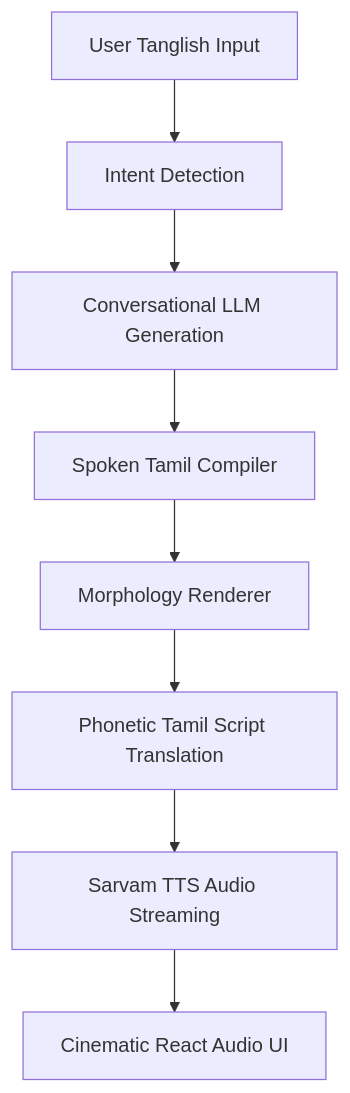
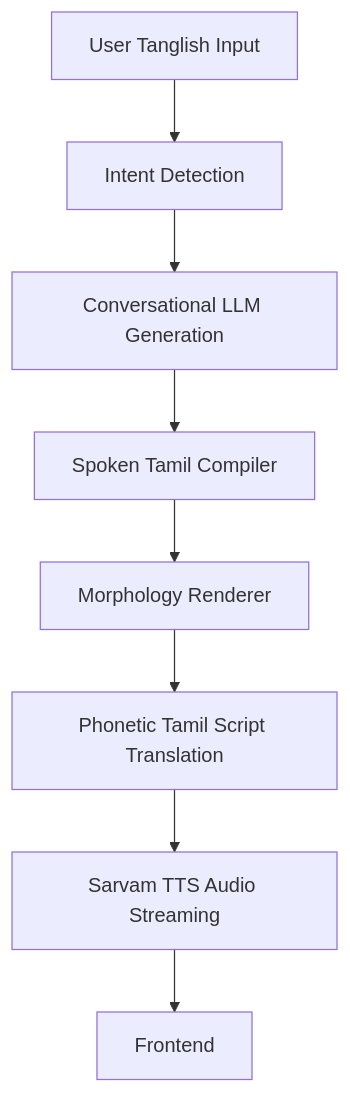
The diagram in README.md (riit3sh/tamil-vox), drawn with Mermaid before and after one commit. The commit also changed other lines of this file, not shown here.

````diff
--- a/README.md
+++ b/README.md
@@ -70,10 +70,10 @@
 ```mermaid
 graph TD
     A[User Tanglish Input] --> B[Intent Detection]
     B --> C[Conversational LLM Generation]
     C --> D[Spoken Tamil Compiler]
     D --> E[Morphology Renderer]
     E --> F[Phonetic Tamil Script Translation]
     F --> G[Sarvam TTS Audio Streaming]
-    G --> H[Cinematic React Audio UI]
+    G --> H[Frontend]
 ```
````
